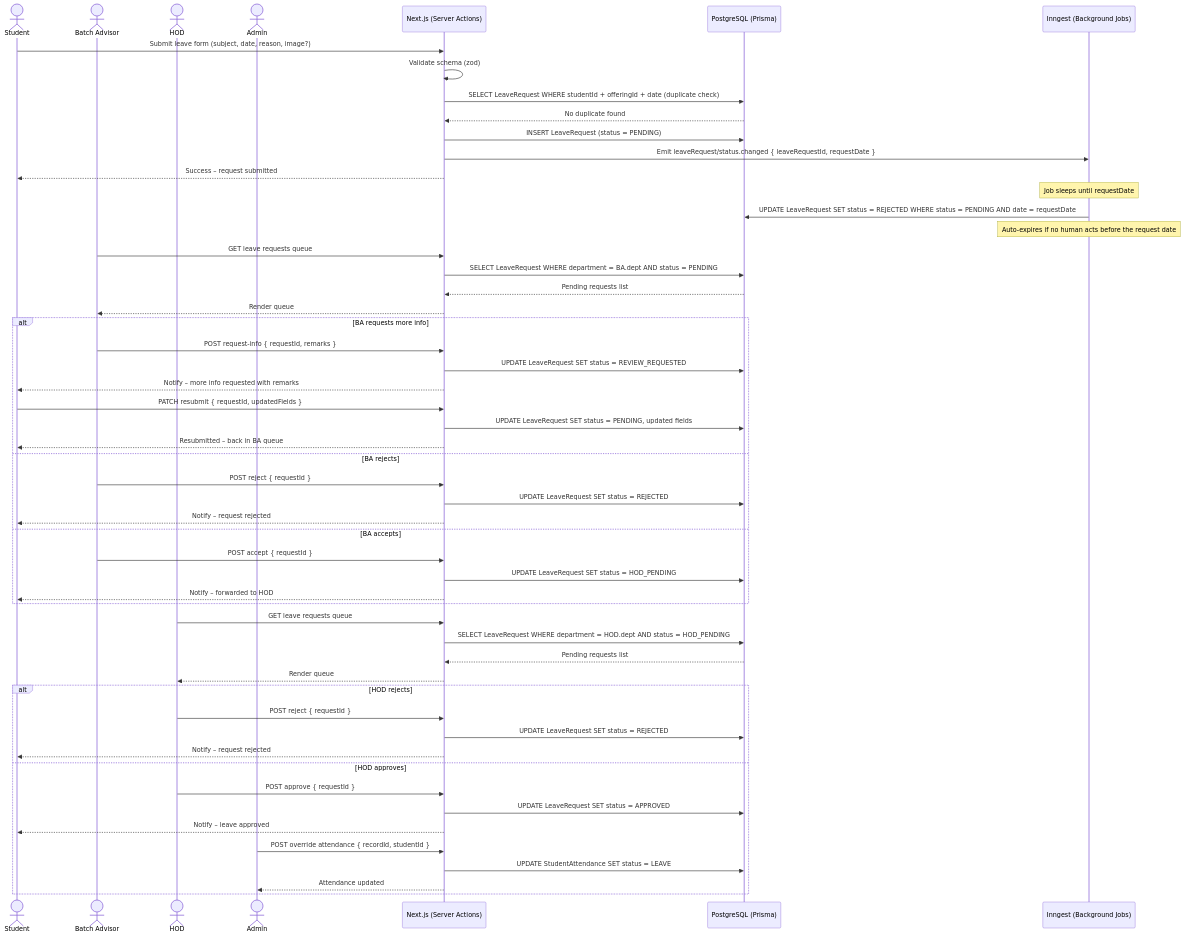
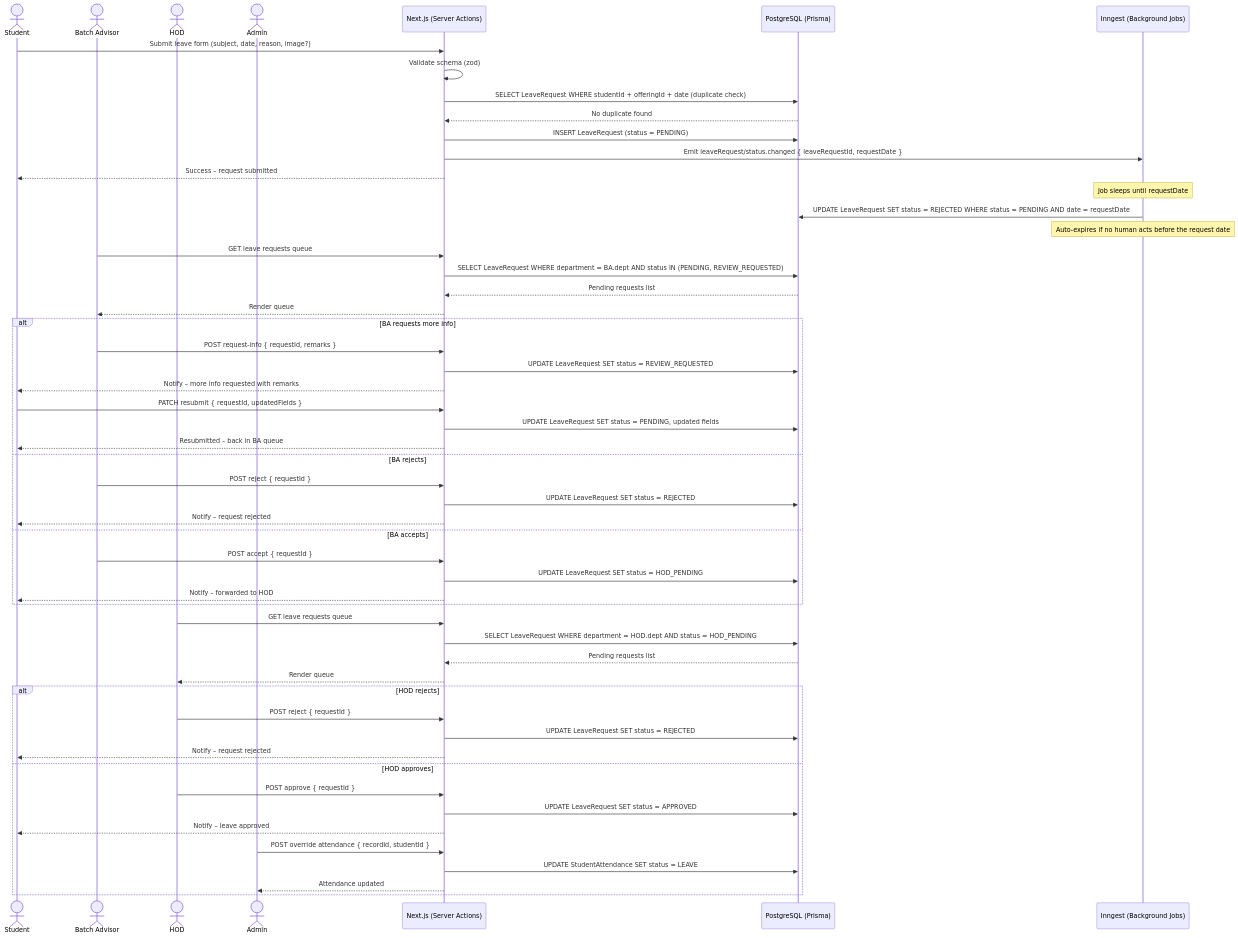
One commit to Ali1raz/portal-cui changed the first of 5 diagrams in docs/05-sequence-diagrams.md. Above: the diagram before and after it, drawn with Mermaid. The commit also changed other lines of this file and 6 other files, not shown here.

Commit message:
(docs): update user flows

````diff
--- a/docs/05-sequence-diagrams.md
+++ b/docs/05-sequence-diagrams.md
@@ -9,62 +9,62 @@
 ```mermaid
 sequenceDiagram
     actor Student
     actor BA as Batch Advisor
     actor HOD
     actor Admin
     participant Portal as Next.js (Server Actions)
     participant DB as PostgreSQL (Prisma)
     participant Inngest as Inngest (Background Jobs)
 
     Student->>Portal: Submit leave form (subject, date, reason, image?)
     Portal->>Portal: Validate schema (zod)
     Portal->>DB: SELECT LeaveRequest WHERE studentId + offeringId + date (duplicate check)
     DB-->>Portal: No duplicate found
     Portal->>DB: INSERT LeaveRequest (status = PENDING)
     Portal->>Inngest: Emit leaveRequest/status.changed { leaveRequestId, requestDate }
     Portal-->>Student: Success – request submitted
 
     Note over Inngest: Job sleeps until requestDate
     Inngest->>DB: UPDATE LeaveRequest SET status = REJECTED WHERE status = PENDING AND date = requestDate
     Note over Inngest: Auto-expires if no human acts before the request date
 
     BA->>Portal: GET leave requests queue
-    Portal->>DB: SELECT LeaveRequest WHERE department = BA.dept AND status = PENDING
+    Portal->>DB: SELECT LeaveRequest WHERE department = BA.dept AND status IN (PENDING, REVIEW_REQUESTED)
     DB-->>Portal: Pending requests list
     Portal-->>BA: Render queue
 
     alt BA requests more info
         BA->>Portal: POST request-info { requestId, remarks }
         Portal->>DB: UPDATE LeaveRequest SET status = REVIEW_REQUESTED
         Portal-->>Student: Notify – more info requested with remarks
         Student->>Portal: PATCH resubmit { requestId, updatedFields }
         Portal->>DB: UPDATE LeaveRequest SET status = PENDING, updated fields
         Portal-->>Student: Resubmitted – back in BA queue
     else BA rejects
         BA->>Portal: POST reject { requestId }
         Portal->>DB: UPDATE LeaveRequest SET status = REJECTED
         Portal-->>Student: Notify – request rejected
     else BA accepts
         BA->>Portal: POST accept { requestId }
         Portal->>DB: UPDATE LeaveRequest SET status = HOD_PENDING
         Portal-->>Student: Notify – forwarded to HOD
     end
 
     HOD->>Portal: GET leave requests queue
     Portal->>DB: SELECT LeaveRequest WHERE department = HOD.dept AND status = HOD_PENDING
     DB-->>Portal: Pending requests list
     Portal-->>HOD: Render queue
 
     alt HOD rejects
         HOD->>Portal: POST reject { requestId }
         Portal->>DB: UPDATE LeaveRequest SET status = REJECTED
         Portal-->>Student: Notify – request rejected
     else HOD approves
         HOD->>Portal: POST approve { requestId }
         Portal->>DB: UPDATE LeaveRequest SET status = APPROVED
         Portal-->>Student: Notify – leave approved
         Admin->>Portal: POST override attendance { recordId, studentId }
         Portal->>DB: UPDATE StudentAttendance SET status = LEAVE
         Portal-->>Admin: Attendance updated
     end
 ```
````
